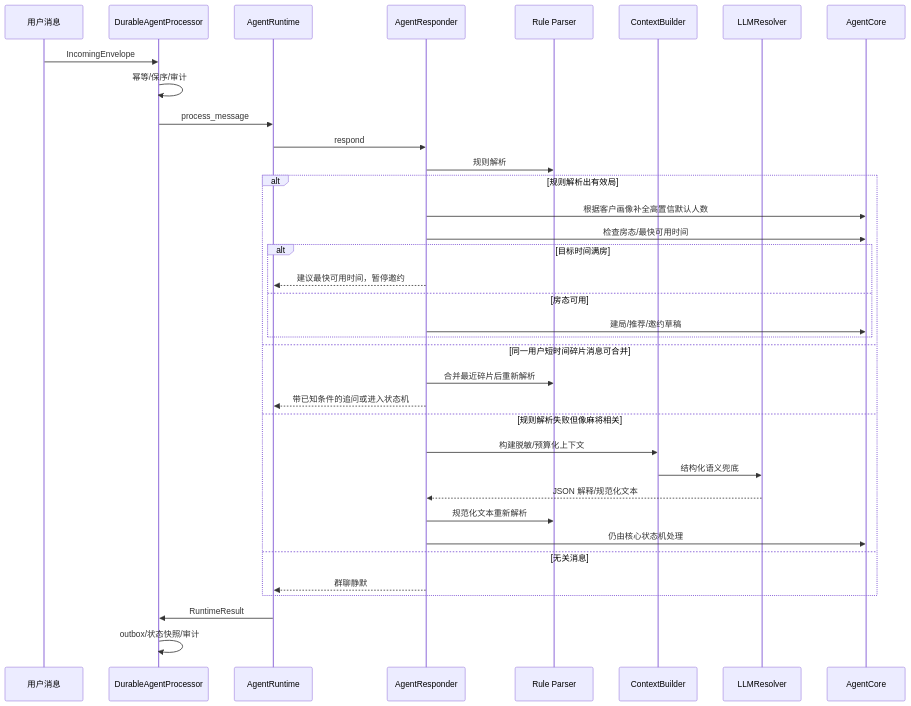
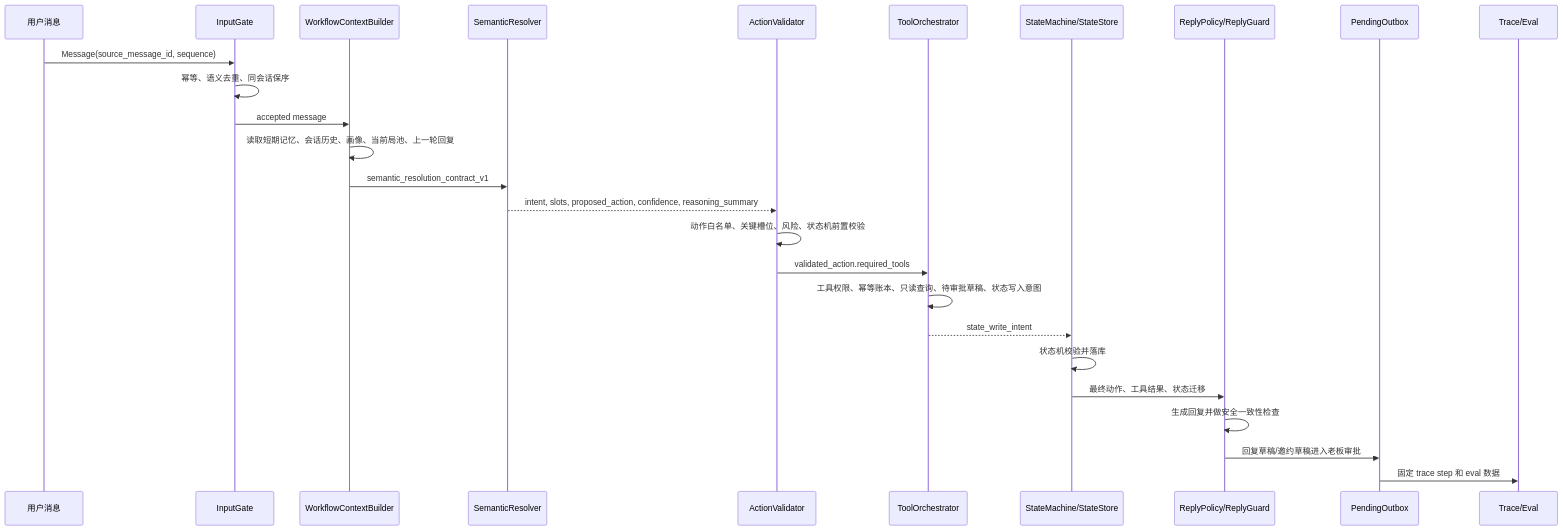
Before and after one commit to Schatt3n/mahjong-ops-agent: the third of 3 diagrams in docs/architecture.md, drawn with Mermaid. The commit also changed other lines of this file and 1 other file, not shown here.

Commit message:
Document controlled workflow as default path

````diff
--- a/docs/architecture.md
+++ b/docs/architecture.md
@@ -120,39 +146,29 @@
 ```mermaid
 sequenceDiagram
     participant User as 用户消息
-    participant Durable as DurableAgentProcessor
-    participant Runtime as AgentRuntime
-    participant Responder as AgentResponder
-    participant Parser as Rule Parser
-    participant Context as ContextBuilder
-    participant LLM as LLMResolver
-    participant Core as AgentCore
+    participant Gate as InputGate
+    participant Context as WorkflowContextBuilder
+    participant LLM as SemanticResolver
+    participant Validator as ActionValidator
+    participant Tools as ToolOrchestrator
+    participant State as StateMachine/StateStore
+    participant Reply as ReplyPolicy/ReplyGuard
+    participant Approval as PendingOutbox
+    participant Trace as Trace/Eval
 
-    User->>Durable: IncomingEnvelope
-    Durable->>Durable: 幂等/保序/审计
-    Durable->>Runtime: process_message
-    Runtime->>Responder: respond
-    Responder->>Parser: 规则解析
-    alt 规则解析出有效局
-        Responder->>Core: 根据客户画像补全高置信默认人数
-        Responder->>Core: 检查房态/最快可用时间
-        alt 目标时间满房
-            Responder-->>Runtime: 建议最快可用时间，暂停邀约
-        else 房态可用
-        Responder->>Core: 建局/推荐/邀约草稿
-        end
-    else 同一用户短时间碎片消息可合并
-        Responder->>Parser: 合并最近碎片后重新解析
-        Responder-->>Runtime: 带已知条件的追问或进入状态机
-    else 规则解析失败但像麻将相关
-        Responder->>Context: 构建脱敏/预算化上下文
-        Context->>LLM: 结构化语义兜底
-        LLM-->>Responder: JSON 解释/规范化文本
-        Responder->>Parser: 规范化文本重新解析
-        Responder->>Core: 仍由核心状态机处理
-    else 无关消息
-        Responder-->>Runtime: 群聊静默
-    end
-    Runtime->>Durable: RuntimeResult
-    Durable->>Durable: outbox/状态快照/审计
+    User->>Gate: Message(source_message_id, sequence)
+    Gate->>Gate: 幂等、语义去重、同会话保序
+    Gate->>Context: accepted message
+    Context->>Context: 读取短期记忆、会话历史、画像、当前局池、上一轮回复
+    Context->>LLM: semantic_resolution_contract_v1
+    LLM-->>Validator: intent, slots, proposed_action, confidence, reasoning_summary
+    Validator->>Validator: 动作白名单、关键槽位、风险、状态机前置校验
+    Validator->>Tools: validated_action.required_tools
+    Tools->>Tools: 工具权限、幂等账本、只读查询、待审批草稿、状态写入意图
+    Tools-->>State: state_write_intent
+    State->>State: 状态机校验并落库
+    State->>Reply: 最终动作、工具结果、状态迁移
+    Reply->>Reply: 生成回复并做安全一致性检查
+    Reply->>Approval: 回复草稿/邀约草稿进入老板审批
+    Approval->>Trace: 固定 trace step 和 eval 数据
 ```
````
